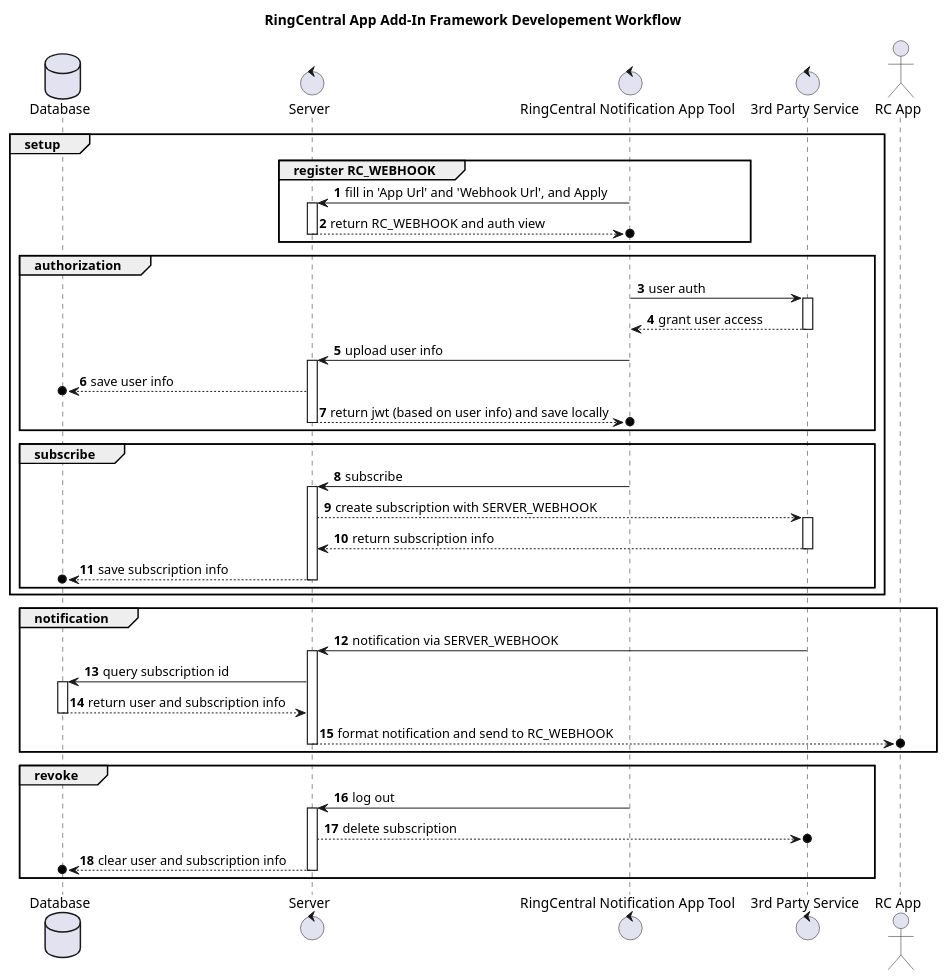
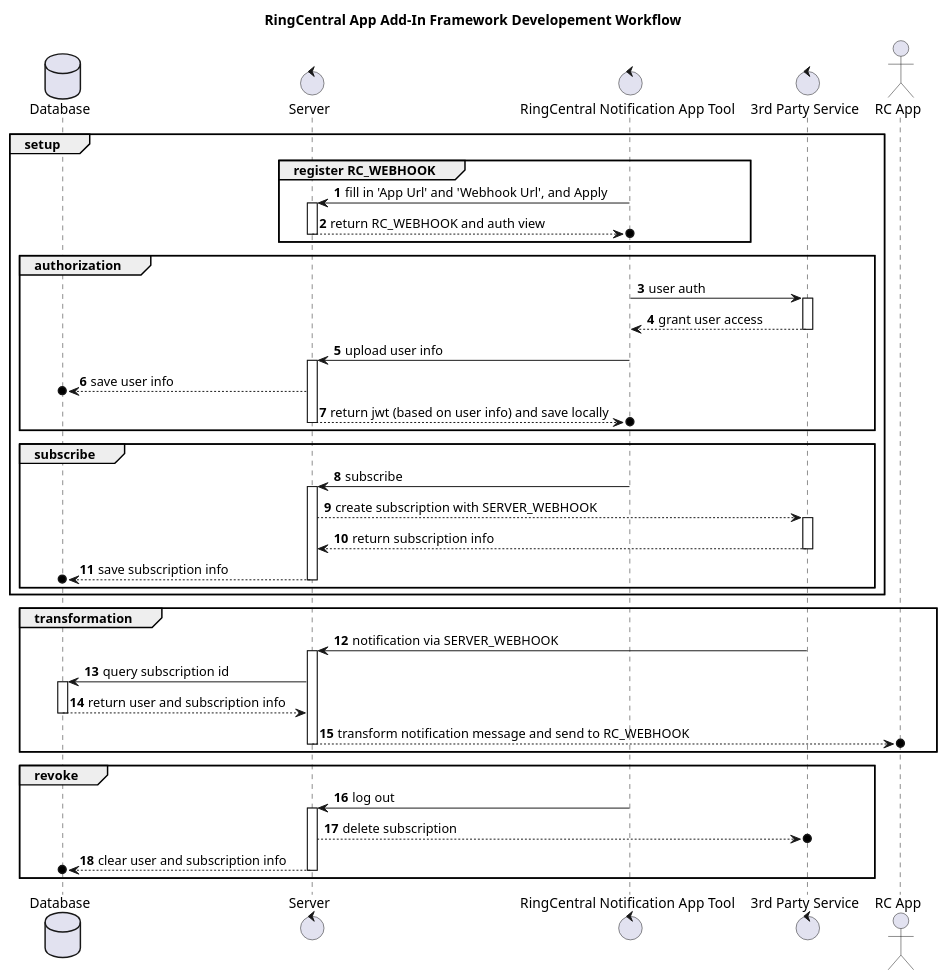
Before and after one commit to ringcentral/ringcentral-add-in-framework-js: the diagram in diagram/flow.puml, drawn with PlantUML. The commit also changed 1 other file, not shown here.

Commit message:
updated workflow diagram with transformation keyword

```diff
--- a/diagram/flow.puml
+++ b/diagram/flow.puml
@@ -1,65 +1,65 @@
 @startuml
 
 title RingCentral App Add-In Framework Developement Workflow
 
 autonumber
 
 Database "Database" as DB
 control "Server" as SERVER
 control "RingCentral Notification App Tool" as G
 control "3rd Party Service" as T
 actor "RC App" as RC
 
 group setup
 
     group register RC_WEBHOOK
     G -> SERVER: fill in 'App Url' and 'Webhook Url', and Apply
     activate SERVER
     SERVER -->o G: return RC_WEBHOOK and auth view
     deactivate SERVER
     end
 
     group authorization
     G -> T: user auth
     activate T
     T --> G: grant user access
     deactivate T
     G -> SERVER: upload user info
     activate SERVER
     SERVER -->o DB: save user info
     SERVER -->o G: return jwt (based on user info) and save locally
     deactivate SERVER
     end
 
     group subscribe
     G -> SERVER: subscribe
     activate SERVER
     SERVER --> T: create subscription with SERVER_WEBHOOK
     activate T
     T --> SERVER: return subscription info
     deactivate T
     SERVER -->o DB: save subscription info
     deactivate SERVER
     end
 end
 
-group notification
+group transformation
     T -> SERVER: notification via SERVER_WEBHOOK
     activate SERVER
     SERVER -> DB: query subscription id
     activate DB
     DB --> SERVER: return user and subscription info
     deactivate DB
-    SERVER -->o RC: format notification and send to RC_WEBHOOK
+    SERVER -->o RC: transform notification message and send to RC_WEBHOOK
     deactivate SERVER
 end
 
 group revoke
     G -> SERVER: log out
     activate SERVER
     SERVER -->o T: delete subscription
     SERVER -->o DB: clear user and subscription info
     deactivate SERVER
 end
 
 @enduml
```
